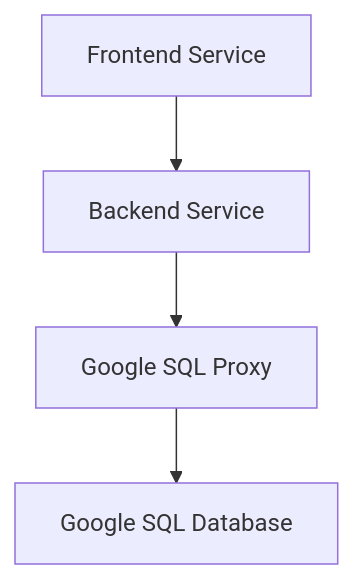
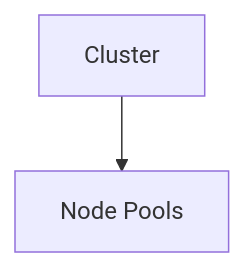
One commit to Hacka25/webapp changed the sixth of 9 diagrams in README.md. Above: the diagram before and after it, drawn with Mermaid. The commit also changed other lines of this file, not shown here.

Commit message:
[skip-autodocs] Update README and architecture diagram

````diff
--- a/README.md
+++ b/README.md
@@ -111,6 +103,4 @@
 ```mermaid
 graph TD
-    A[Frontend Service] --> B[Backend Service]
-    B --> C[Google SQL Proxy]
-    C --> D[Google SQL Database]
+    I[Cluster] --> J[Node Pools]
 ```
````
